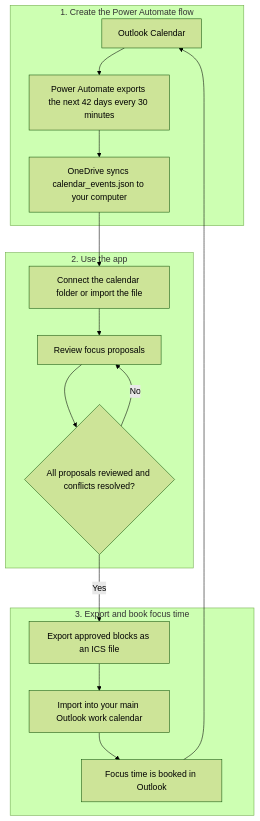
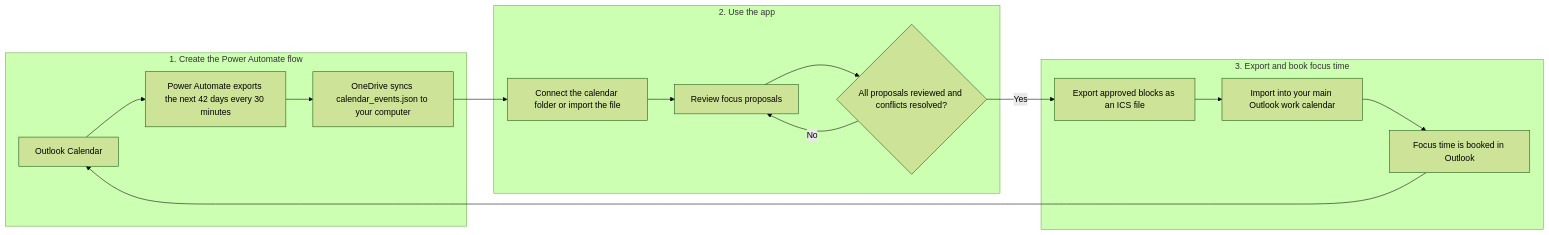
The diagram in README.md (gstrodel/focus-time-planner), drawn with Mermaid (forest theme) before and after one commit.

````diff
--- a/README.md
+++ b/README.md
@@ -14,19 +14,19 @@
 ```mermaid
-flowchart TD
+flowchart LR
     subgraph setup["1. Create the Power Automate flow"]
         A["Outlook Calendar"] --> B["Power Automate exports the next 42 days every 30 minutes"]
         B --> C["OneDrive syncs calendar_events.json to your computer"]
     end
     subgraph planning["2. Use the app"]
         D["Connect the calendar folder or import the file"] --> E["Review focus proposals"]
         E --> F{"All proposals reviewed and conflicts resolved?"}
         F -- No --> E
     end
     subgraph booking["3. Export and book focus time"]
         G["Export approved blocks as an ICS file"] --> H["Import into your main Outlook work calendar"]
         H --> I["Focus time is booked in Outlook"]
     end
     C --> D
     F -- Yes --> G
     I --> A
 ```
````
